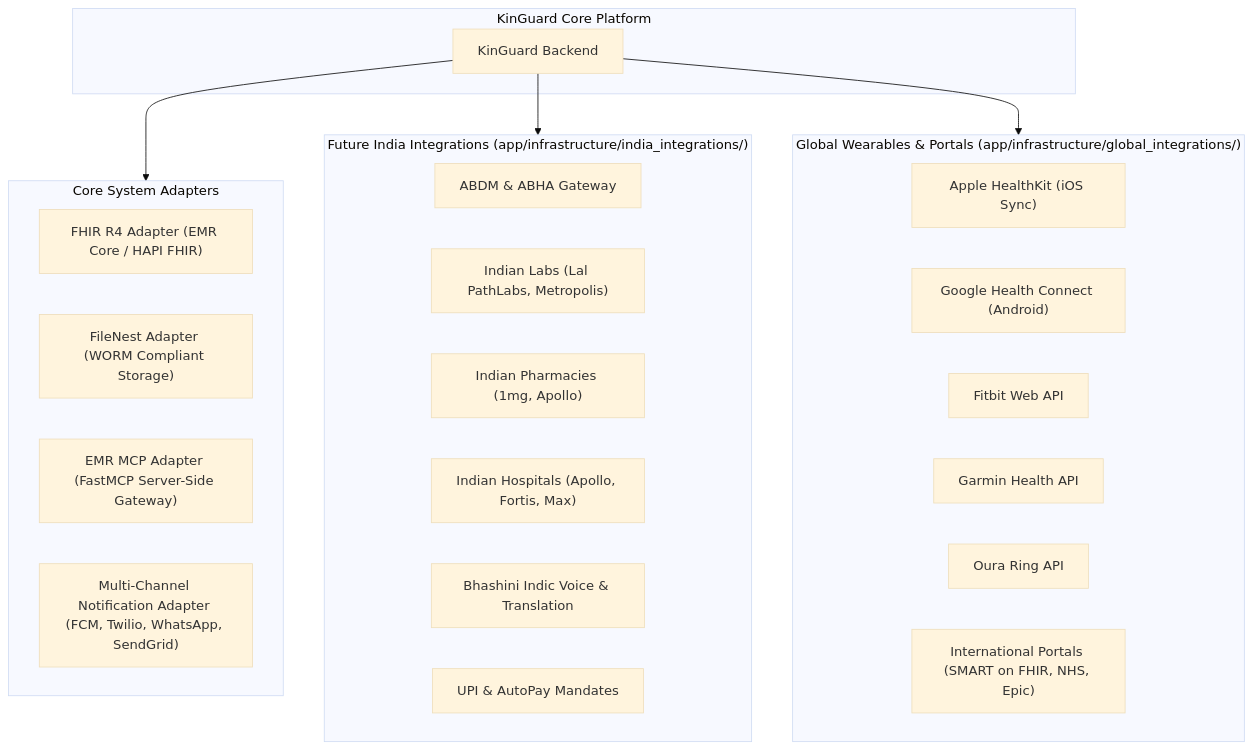
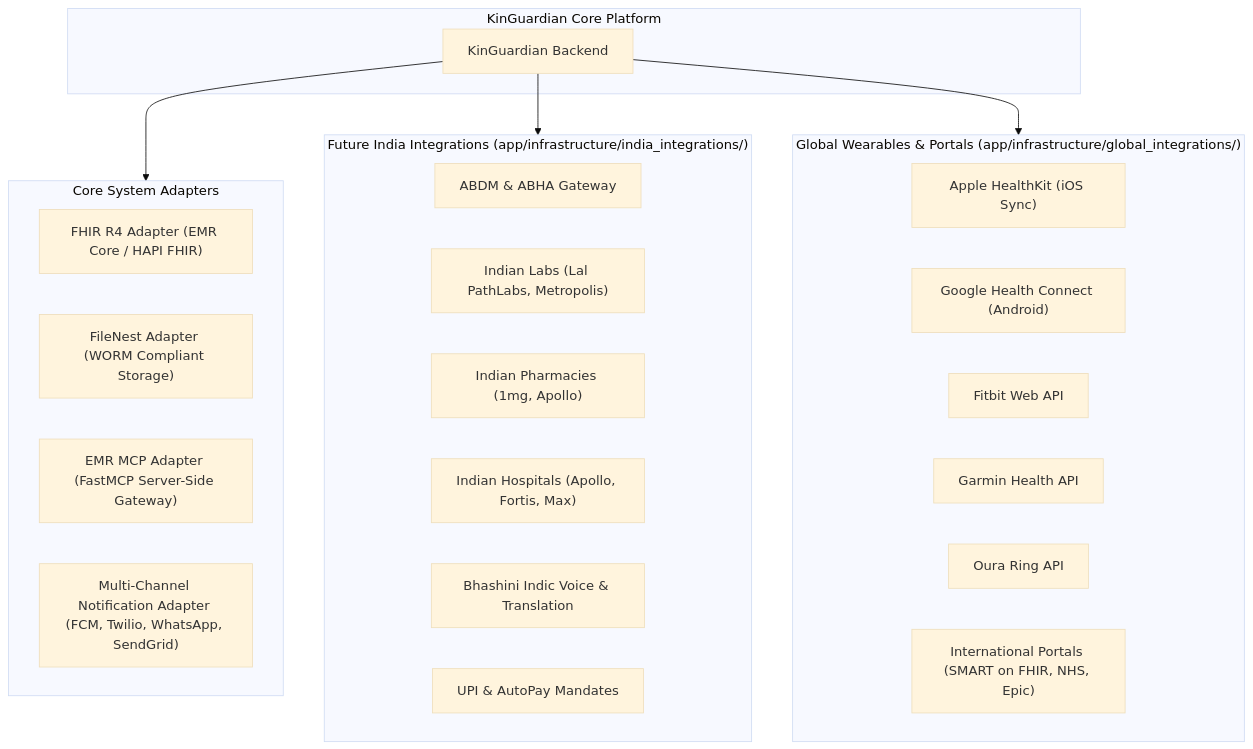
The diagram in platform/kinguard-backend/docs/INTEGRATIONS.md (OpenHealthAgents/kinguardian-platform), drawn with Mermaid (base theme) before and after one commit. The commit also changed other lines of this file and 188 other files, not shown here.

Commit message:
feat(branding): finalize KinGuardian rename across all architecture docs, tests, and configs

````diff
--- a/platform/kinguard-backend/docs/INTEGRATIONS.md
+++ b/platform/kinguard-backend/docs/INTEGRATIONS.md
@@ -5,35 +5,35 @@
 ```mermaid
 flowchart TD
-    subgraph Core["KinGuard Core Platform"]
-        APP["KinGuard Backend"]
+    subgraph Core["KinGuardian Core Platform"]
+        APP["KinGuardian Backend"]
     end
 
     subgraph CoreAdapters["Core System Adapters"]
         FHIR_ADAPT["FHIR R4 Adapter (EMR Core / HAPI FHIR)"]
         FN_ADAPT["FileNest Adapter (WORM Compliant Storage)"]
         MCP_ADAPT["EMR MCP Adapter (FastMCP Server-Side Gateway)"]
         NOTIF_ADAPT["Multi-Channel Notification Adapter (FCM, Twilio, WhatsApp, SendGrid)"]
     end
 
     subgraph IndiaAdapters["Future India Integrations (app/infrastructure/india_integrations/)"]
         ABDM["ABDM & ABHA Gateway"]
         LABS["Indian Labs (Lal PathLabs, Metropolis)"]
         PHARM["Indian Pharmacies (1mg, Apollo)"]
         HOSP["Indian Hospitals (Apollo, Fortis, Max)"]
         BHASHINI["Bhashini Indic Voice & Translation"]
         UPI["UPI & AutoPay Mandates"]
     end
 
     subgraph GlobalPipelines["Global Wearables & Portals (app/infrastructure/global_integrations/)"]
         APPLE["Apple HealthKit (iOS Sync)"]
         GOOGLE["Google Health Connect (Android)"]
         FITBIT["Fitbit Web API"]
         GARMIN["Garmin Health API"]
         OURA["Oura Ring API"]
         PORTALS["International Portals (SMART on FHIR, NHS, Epic)"]
     end
 
     APP --> CoreAdapters
     APP --> IndiaAdapters
     APP --> GlobalPipelines
 ```
````
